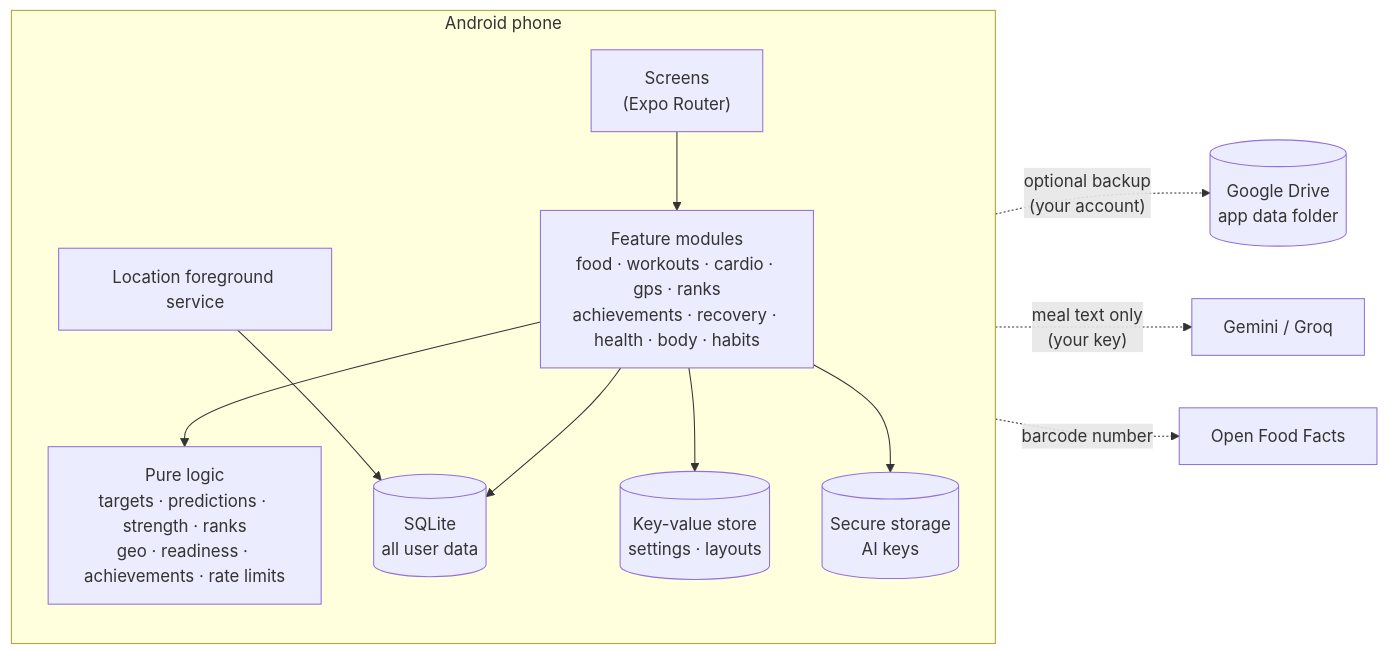
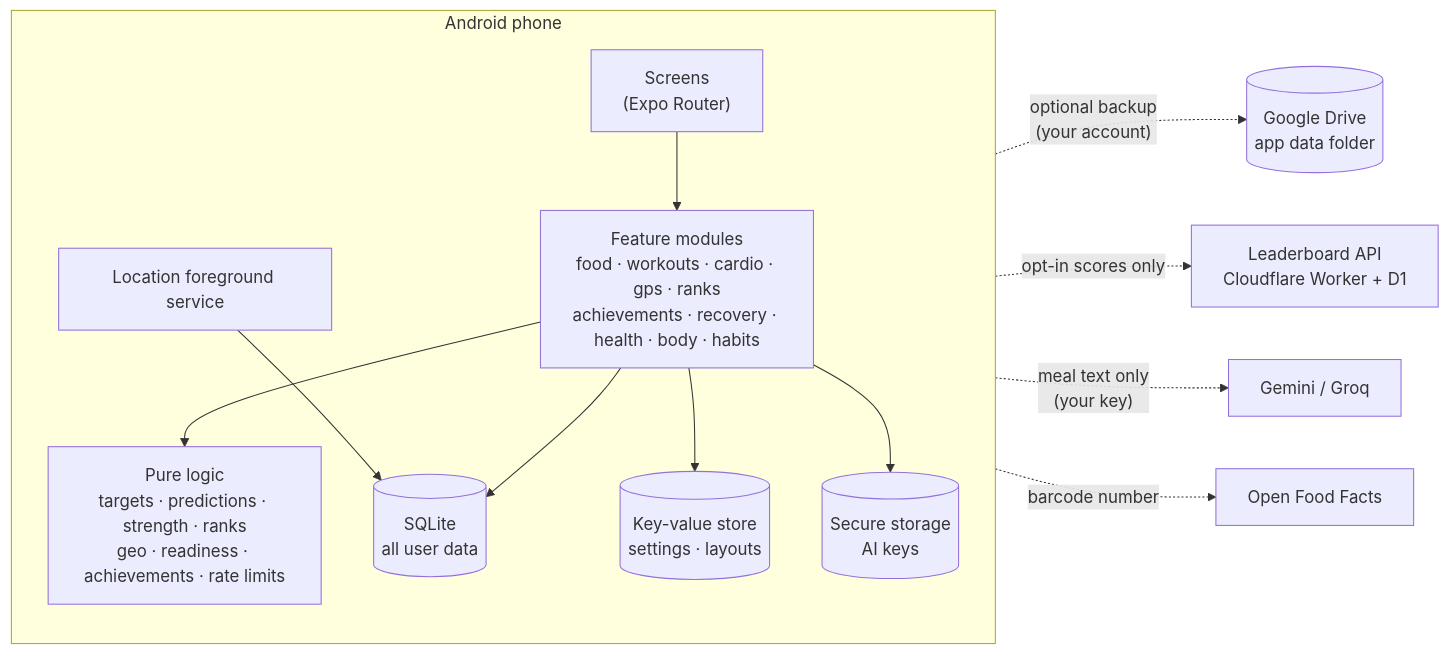
One commit to tfthushaar/metakai changed the diagram in README.md. Above: the diagram before and after it, drawn with Mermaid. The commit also changed other lines of this file and 31 other files, not shown here.

First line of the commit message:
Opt-in leaderboards: Cloudflare Worker + D1 server, join/boards/friends screens

````diff
--- a/README.md
+++ b/README.md
@@ -86,16 +90,17 @@
 ```mermaid
 flowchart LR
   subgraph Phone["Android phone"]
     direction TB
     UI["Screens<br/>(Expo Router)"] --> Modules["Feature modules<br/>food · workouts · cardio · gps · ranks<br/>achievements · recovery · health · body · habits"]
     Modules --> Lib["Pure logic<br/>targets · predictions · strength · ranks<br/>geo · readiness · achievements · rate limits"]
     Modules --> DB[("SQLite<br/>all user data")]
     Modules --> KV[("Key-value store<br/>settings · layouts")]
     Modules --> Secure[("Secure storage<br/>AI keys")]
     GPS["Location foreground service"] --> DB
   end
 
   DB -. "optional backup<br/>(your account)" .-> Drive[("Google Drive<br/>app data folder")]
+  Modules -. "opt-in scores only" .-> Ranks["Leaderboard API<br/>Cloudflare Worker + D1"]
   Modules -. "meal text only<br/>(your key)" .-> AI["Gemini / Groq"]
   Modules -. "barcode number" .-> OFF["Open Food Facts"]
 ```
````
